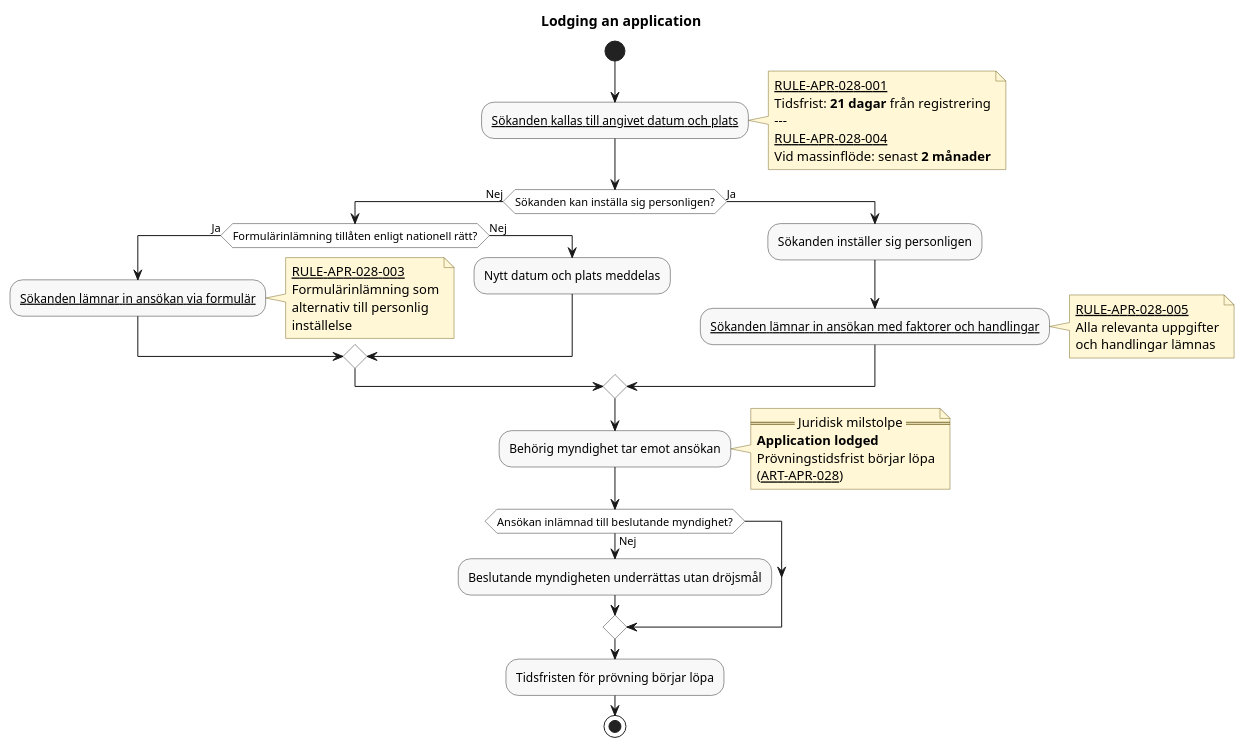
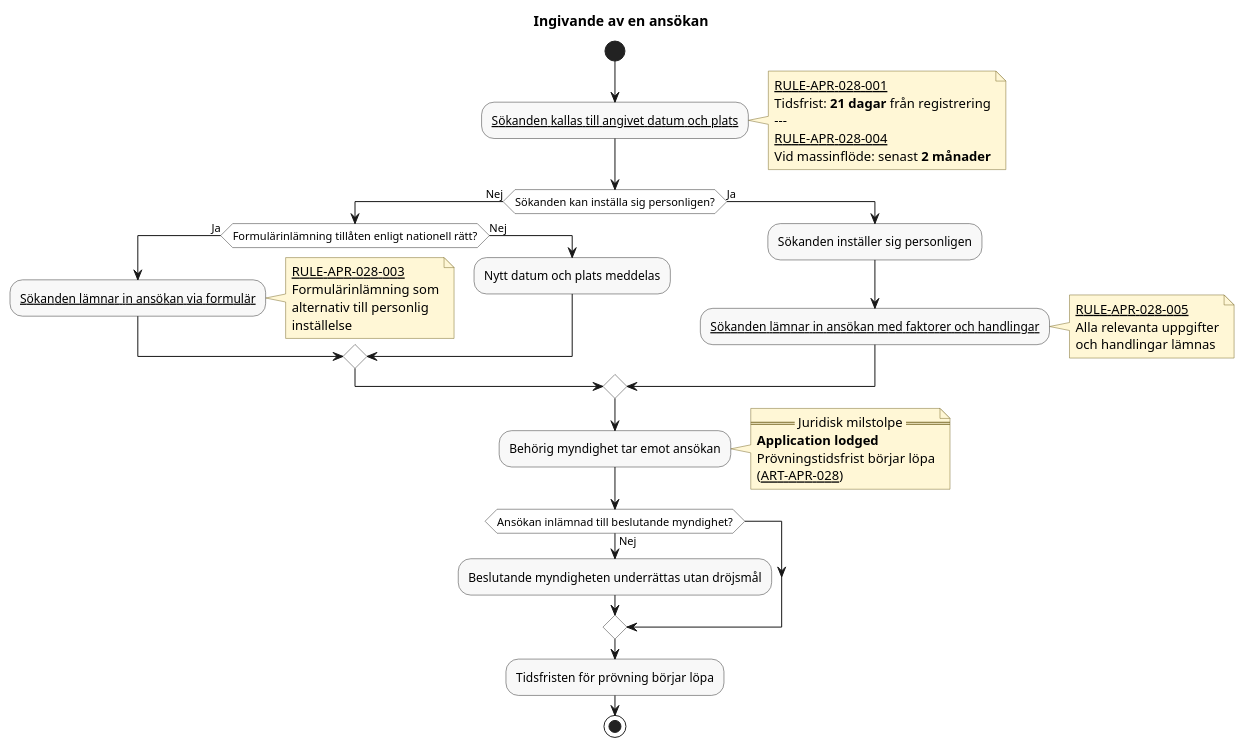
One commit to chrhe894/migration_pact changed the diagram in docs/domains/registration/diagrams/lodging-an-application.pu. Above: the diagram before and after it, drawn with PlantUML. The commit also changed other lines of this file and 225 other files, not shown here.

```diff
--- a/docs/domains/registration/diagrams/lodging-an-application.pu
+++ b/docs/domains/registration/diagrams/lodging-an-application.pu
@@ -17,81 +17,81 @@
 @startuml lodging-an-application
 
-title Lodging an application
+title Ingivande av en ansökan
 
 skinparam shadowing false
 skinparam HyperlinkColor Black
 skinparam HyperlinkUnderline true
 skinparam defaultFontName Arial
 skinparam activity {
   BackgroundColor #F8F8F8
   BorderColor #333333
   DiamondBackgroundColor #FFFFFF
   DiamondBorderColor #333333
 }
 skinparam note {
   BackgroundColor #FFF7D6
   BorderColor #7A6A2A
 }
 
 start
 
 :[[../rules/rule-apr-028-002.md Sökanden kallas till angivet datum och plats]];
 note right
   [[../rules/rule-apr-028-001.md RULE-APR-028-001]]
   Tidsfrist: **21 dagar** från registrering
   ---
   [[../rules/rule-apr-028-004.md RULE-APR-028-004]]
   Vid massinflöde: senast **2 månader**
 end note
 
 if (Sökanden kan inställa sig personligen?) then (Nej)
 
     if (Formulärinlämning tillåten enligt nationell rätt?) then (Ja)
 
         :[[../rules/rule-apr-028-003.md Sökanden lämnar in ansökan via formulär]];
         note right
           [[../rules/rule-apr-028-003.md RULE-APR-028-003]]
           Formulärinlämning som
           alternativ till personlig
           inställelse
         end note
 
     else (Nej)
 
         :Nytt datum och plats meddelas;
 
     endif
 
 else (Ja)
 
     :Sökanden inställer sig personligen;
 
     :[[../rules/rule-apr-028-005.md Sökanden lämnar in ansökan med faktorer och handlingar]];
     note right
       [[../rules/rule-apr-028-005.md RULE-APR-028-005]]
       Alla relevanta uppgifter
       och handlingar lämnas
     end note
 
 endif
 
 :Behörig myndighet tar emot ansökan;
 
 note right
   == Juridisk milstolpe ==
   **Application lodged**
   Prövningstidsfrist börjar löpa
   ([[../articles/apr-028.md ART-APR-028]])
 end note
 
 if (Ansökan inlämnad till beslutande myndighet?) then (Nej)
 
     :Beslutande myndigheten underrättas utan dröjsmål;
 
 endif
 
 :Tidsfristen för prövning börjar löpa;
 
 stop
 
 @enduml
```
